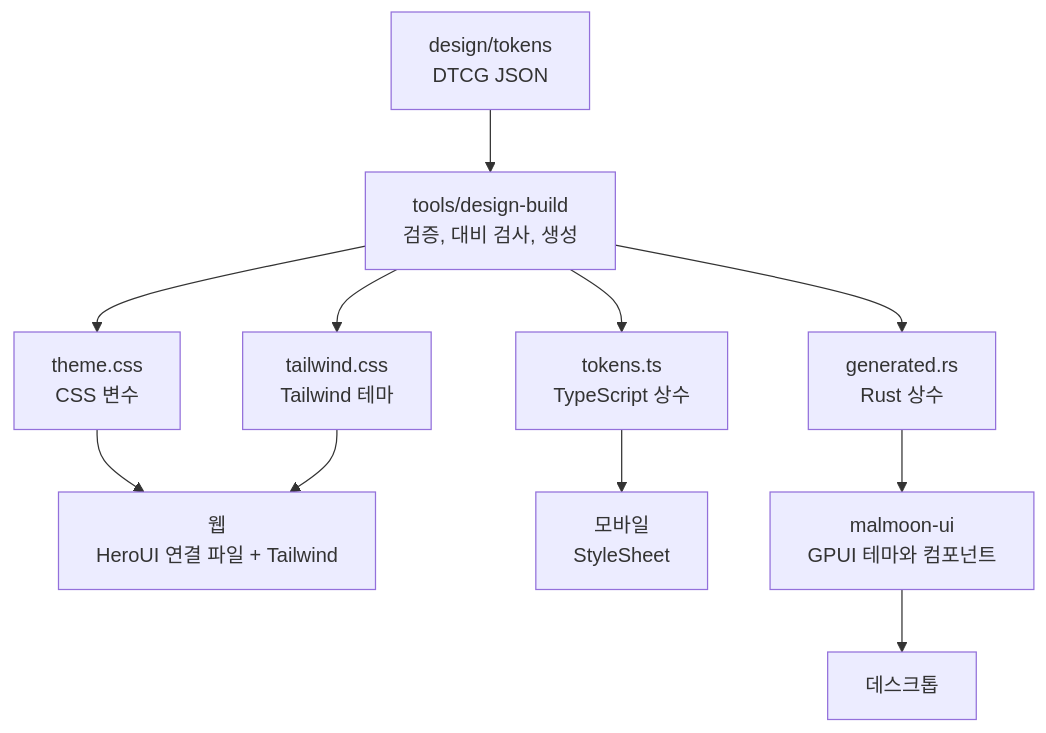
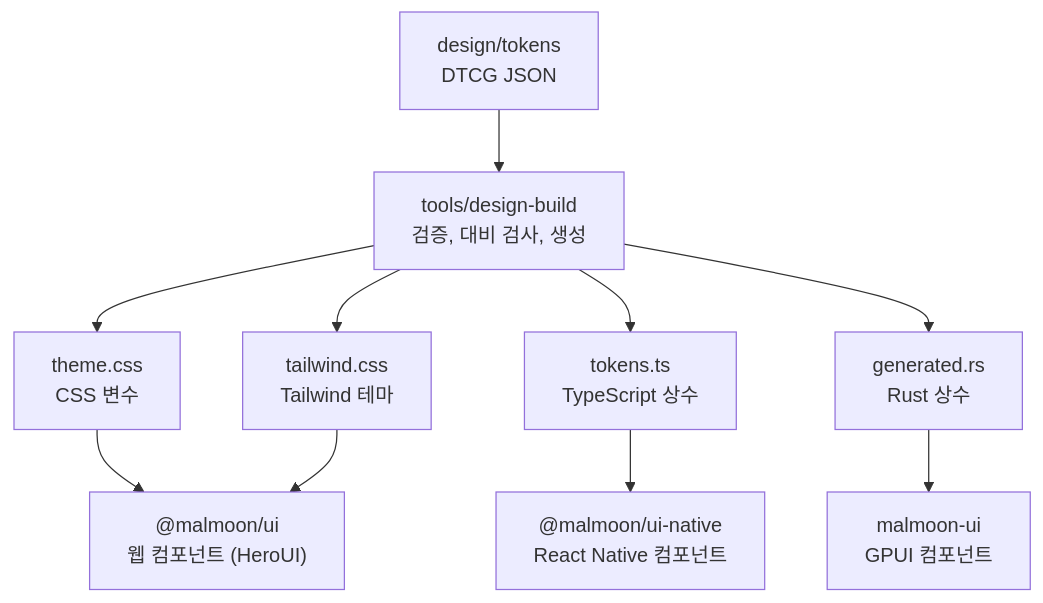
The first of 2 diagrams in docs/06-design-system.md (kjmin-dev/malmoon), drawn with Mermaid before and after one commit. The commit also changed other lines of this file and 67 other files, not shown here.

First line of the commit message:
Add the design system: tiered tokens and shared components on web, desktop, and mobile (#3)

````diff
--- a/docs/06-design-system.md
+++ b/docs/06-design-system.md
@@ -18,17 +18,16 @@
 ```mermaid
 flowchart TD
   SRC["design/tokens<br/>DTCG JSON"]
   BUILD["tools/design-build<br/>검증, 대비 검사, 생성"]
   SRC --> BUILD
 
   BUILD --> CSS["theme.css<br/>CSS 변수"]
   BUILD --> TW["tailwind.css<br/>Tailwind 테마"]
   BUILD --> TS["tokens.ts<br/>TypeScript 상수"]
   BUILD --> RS["generated.rs<br/>Rust 상수"]
 
-  CSS --> WEB["웹<br/>HeroUI 연결 파일 + Tailwind"]
+  CSS --> WEB["@malmoon/ui<br/>웹 컴포넌트 (HeroUI)"]
   TW --> WEB
-  TS --> RN["모바일<br/>StyleSheet"]
-  RS --> UI["malmoon-ui<br/>GPUI 테마와 컴포넌트"]
-  UI --> DESKTOP["데스크톱"]
+  TS --> RN["@malmoon/ui-native<br/>React Native 컴포넌트"]
+  RS --> UI["malmoon-ui<br/>GPUI 컴포넌트"]
 ```
````
